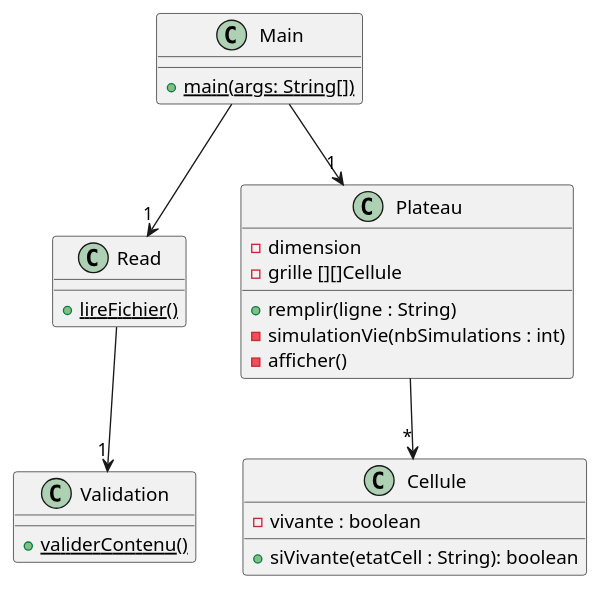
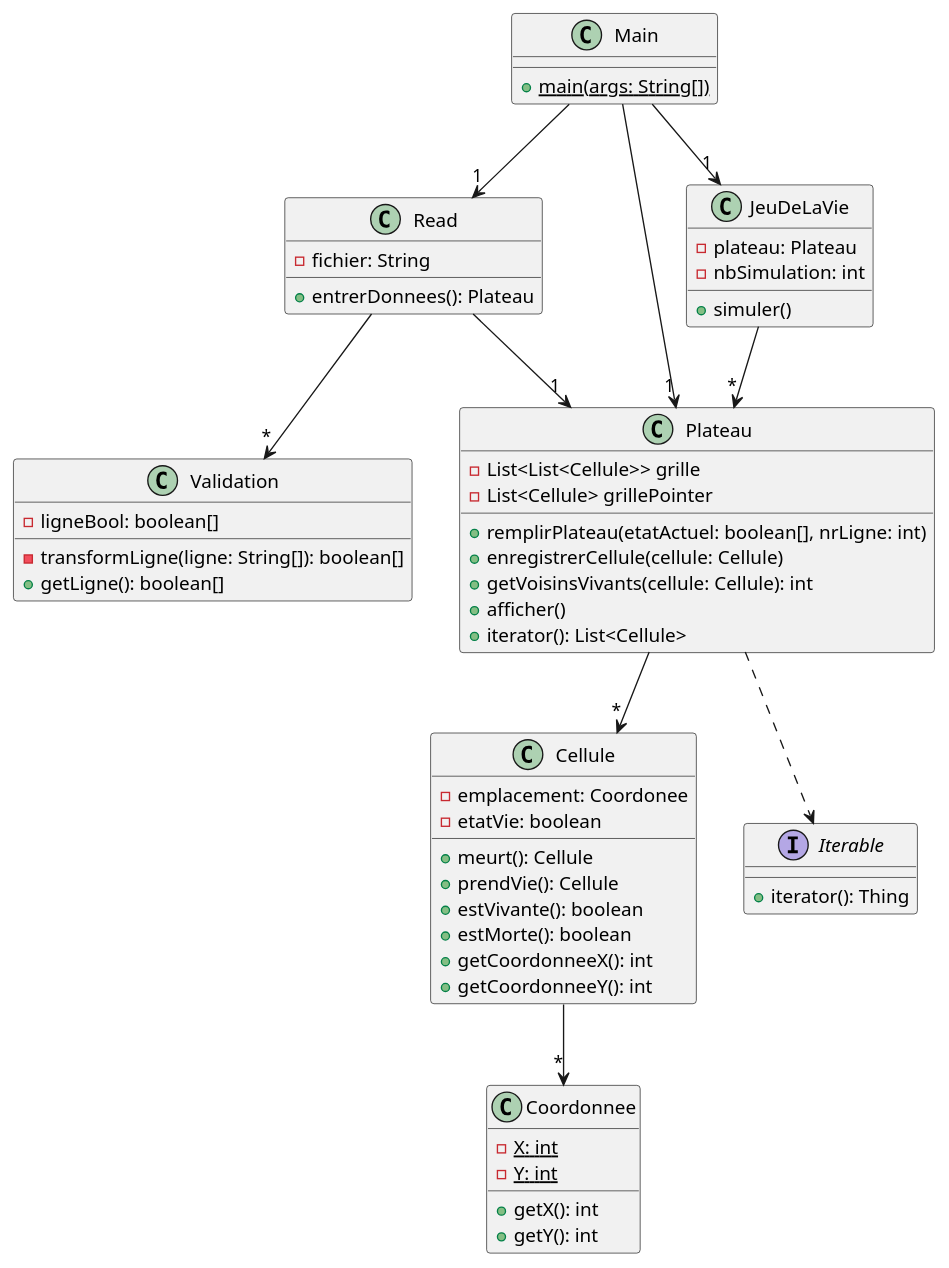
Before and after one commit to INF5153-A20/tp-conway-MaximCrudu: the diagram in class_diagram.puml, drawn with PlantUML. The commit also changed 1 other file, not shown here.

Commit message:
diagramme de classe

```diff
--- a/class_diagram.puml
+++ b/class_diagram.puml
@@ -1,33 +1,66 @@
 @startuml
 
 class Main {
-	+ {static} main(args: String[])
+   + {static} main(args: String[])
 }
 
 class Read {
-   + {static} lireFichier()
+   - fichier: String
+   + entrerDonnees(): Plateau
 }
 
 class Validation {
-   + {static} validerContenu()
+   - ligneBool: boolean[]
+   - transformLigne(ligne: String[]): boolean[]
+   + getLigne(): boolean[]
 }
 
 class Plateau{
-  - dimension
-  - grille [][]Cellule
-  + remplir(ligne : String)
-  - simulationVie(nbSimulations : int)
-  - afficher()
+  - List<List<Cellule>> grille
+  - List<Cellule> grillePointer
+  + remplirPlateau(etatActuel: boolean[], nrLigne: int)
+  + enregistrerCellule(cellule: Cellule)
+  + getVoisinsVivants(cellule: Cellule): int
+  + afficher()
+  + iterator(): List<Cellule>
+}
+
+class JeuDeLaVie{
+  - plateau: Plateau
+  - nbSimulation: int
+  + simuler()
 }
 
 class Cellule{
-  - vivante : boolean
-  + siVivante(etatCell : String): boolean
+  - emplacement: Coordonee
+  - etatVie: boolean
+  + meurt(): Cellule
+  + prendVie(): Cellule
+  + estVivante(): boolean
+  + estMorte(): boolean
+  + getCoordonneeX(): int
+  + getCoordonneeY(): int
+}
+
+class Coordonnee{
+  - {static} X: int
+  - {static} Y: int
+  + getX(): int
+  + getY(): int
+}
+
+Interface Iterable{
+  + iterator(): Thing
 }
 
 Main --> "1" Read
-Read --> "1" Validation
 Main --> "1" Plateau
+Main --> "1" JeuDeLaVie
+Read --> "*" Validation
+Read --> "1" Plateau
+JeuDeLaVie --> "*" Plateau
 Plateau --> "*" Cellule
+Cellule --> "*" Coordonnee
+Plateau -[dashed]-> " " Iterable
 
 @enduml
```
